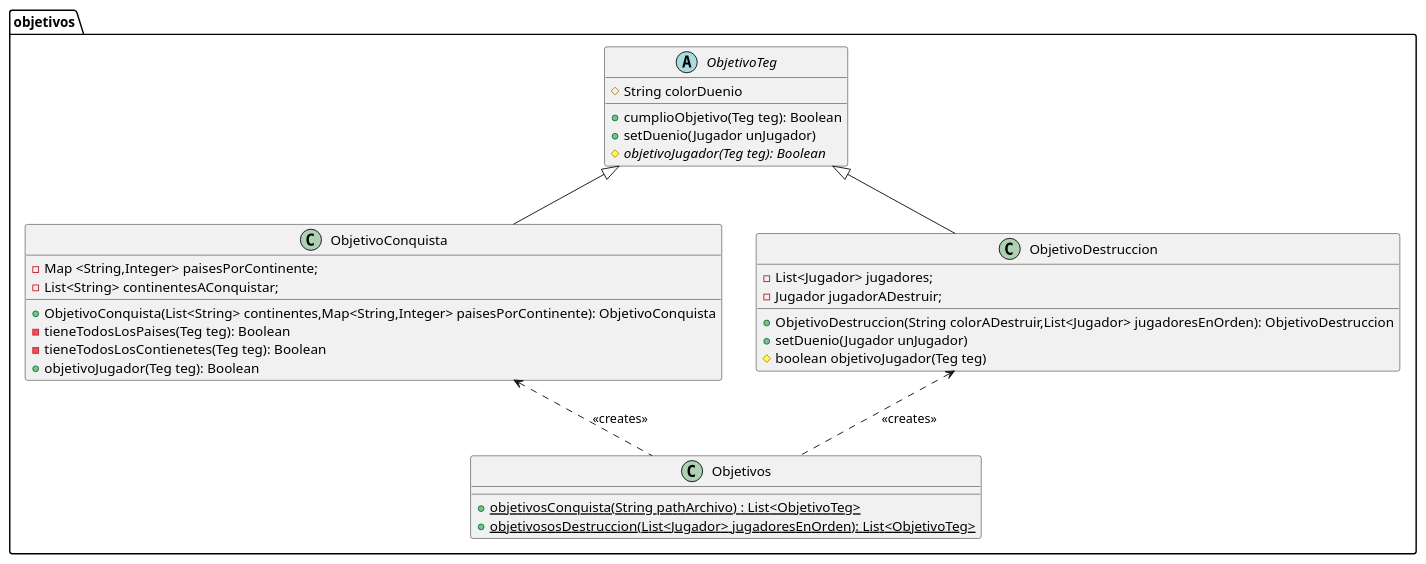
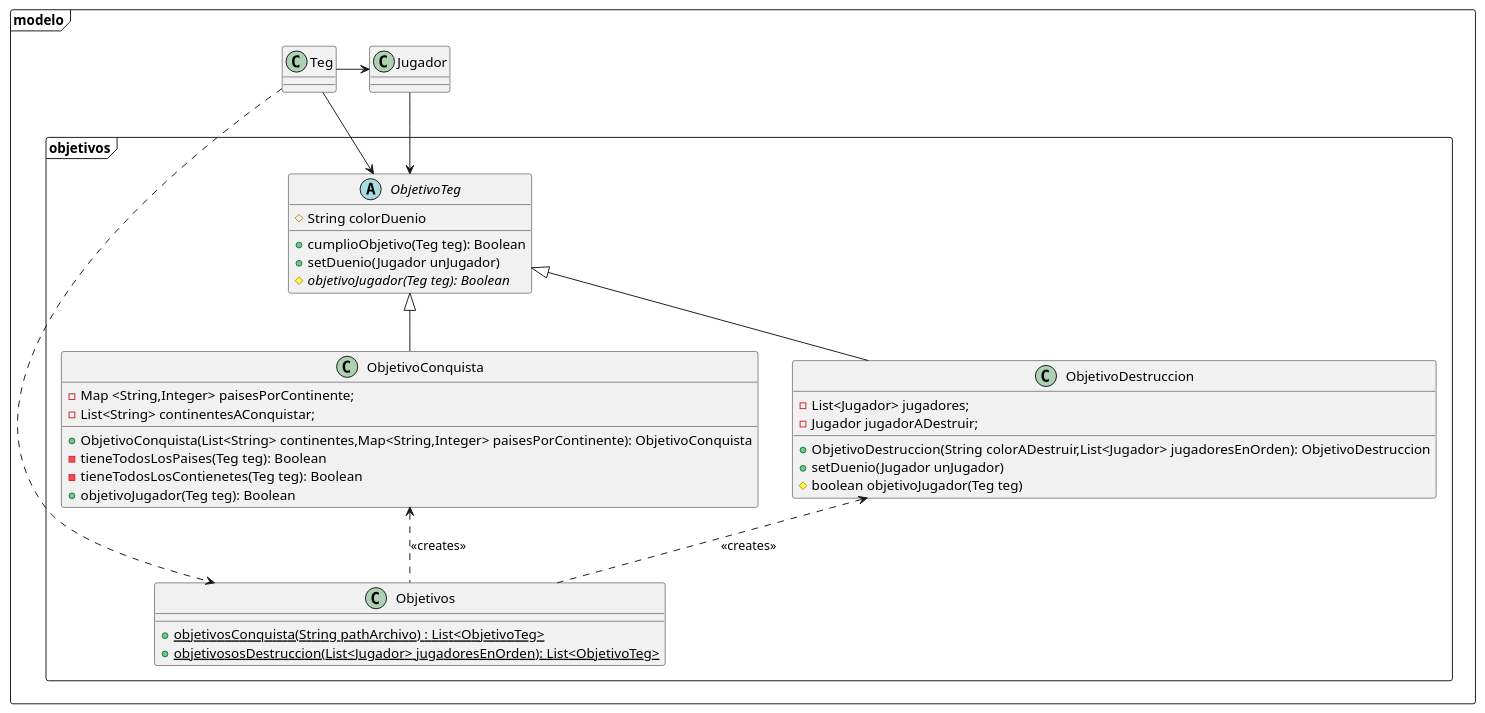
Before and after one commit to mpata2000/Algo3-TP2-TEG: the diagram in docs/Diagramas/Codigo/clase_package_objetivos.puml, drawn with PlantUML. The commit also changed 4 other files, not shown here.

```diff
--- a/docs/Diagramas/Codigo/clase_package_objetivos.puml
+++ b/docs/Diagramas/Codigo/clase_package_objetivos.puml
@@ -1,44 +1,51 @@
 @startuml clases_package_objetivos-v1
-'https://plantuml.com/class-diagram
 
-package objetivos{
+package modelo <<frame>>{
 
-abstract class ObjetivoTeg{
-    # String colorDuenio
-    + cumplioObjetivo(Teg teg): Boolean
-    + setDuenio(Jugador unJugador)
-    # {abstract} objetivoJugador(Teg teg): Boolean
-}
+    package objetivos <<frame>>{
 
-class ObjetivoConquista{
-    - Map <String,Integer> paisesPorContinente;
-    - List<String> continentesAConquistar;
+        abstract class ObjetivoTeg{
+            # String colorDuenio
+            + cumplioObjetivo(Teg teg): Boolean
+            + setDuenio(Jugador unJugador)
+            # {abstract} objetivoJugador(Teg teg): Boolean
+        }
 
-    + ObjetivoConquista(List<String> continentes,Map<String,Integer> paisesPorContinente): ObjetivoConquista
-    - tieneTodosLosPaises(Teg teg): Boolean
-    - tieneTodosLosContienetes(Teg teg): Boolean
-    + objetivoJugador(Teg teg): Boolean
-}
+        class ObjetivoConquista{
+            - Map <String,Integer> paisesPorContinente;
+            - List<String> continentesAConquistar;
 
-class ObjetivoDestruccion{
-    - List<Jugador> jugadores;
-    - Jugador jugadorADestruir;
+            + ObjetivoConquista(List<String> continentes,Map<String,Integer> paisesPorContinente): ObjetivoConquista
+            - tieneTodosLosPaises(Teg teg): Boolean
+            - tieneTodosLosContienetes(Teg teg): Boolean
+            + objetivoJugador(Teg teg): Boolean
+        }
 
-    + ObjetivoDestruccion(String colorADestruir,List<Jugador> jugadoresEnOrden): ObjetivoDestruccion
-    + setDuenio(Jugador unJugador)
-    # boolean objetivoJugador(Teg teg)
+        class ObjetivoDestruccion{
+            - List<Jugador> jugadores;
+            - Jugador jugadorADestruir;
 
-}
+            + ObjetivoDestruccion(String colorADestruir,List<Jugador> jugadoresEnOrden): ObjetivoDestruccion
+            + setDuenio(Jugador unJugador)
+            # boolean objetivoJugador(Teg teg)
 
-class Objetivos{
-    + {static} objetivosConquista(String pathArchivo) : List<ObjetivoTeg>
-    + {static}  objetivososDestruccion(List<Jugador> jugadoresEnOrden): List<ObjetivoTeg>
-}
+        }
 
-ObjetivoTeg <|-- ObjetivoDestruccion
-ObjetivoTeg <|-- ObjetivoConquista
-ObjetivoConquista <.. Objetivos: <<creates>>
-ObjetivoDestruccion <.. Objetivos: <<creates>>
+        class Objetivos{
+            + {static} objetivosConquista(String pathArchivo) : List<ObjetivoTeg>
+            + {static}  objetivososDestruccion(List<Jugador> jugadoresEnOrden): List<ObjetivoTeg>
+        }
 
+        ObjetivoTeg <|-- ObjetivoDestruccion
+        ObjetivoTeg <|-- ObjetivoConquista
+        ObjetivoConquista <.. Objetivos: <<creates>>
+        ObjetivoDestruccion <.. Objetivos: <<creates>>
+
+    }
+
+    Jugador --> ObjetivoTeg
+    Teg -right-> Jugador
+    Teg --> ObjetivoTeg
+    Teg ..> Objetivos
 }
 @enduml
```
